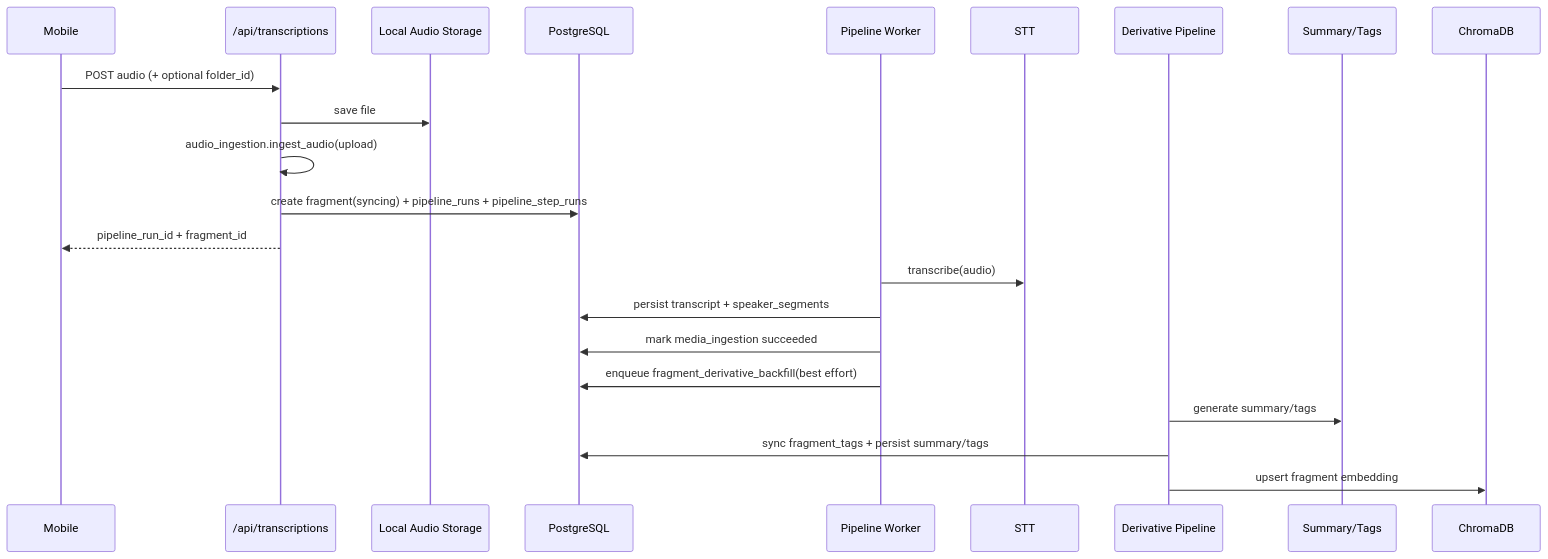
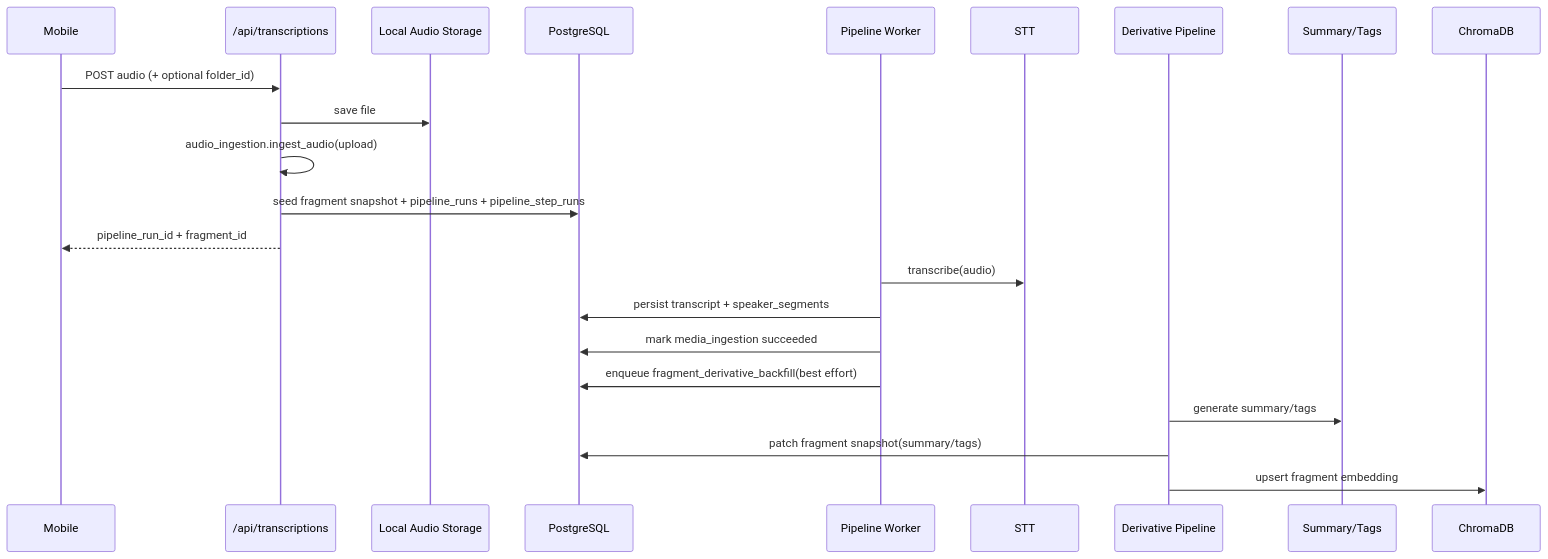
The fourth of 9 diagrams in memory-bank/architecture.md (YCZA2/SparkFlow), drawn with Mermaid before and after one commit. The commit also changed other lines of this file and 21 other files, not shown here.

````diff
--- a/memory-bank/architecture.md
+++ b/memory-bank/architecture.md
@@ -396,25 +401,25 @@
 ```mermaid
 sequenceDiagram
     participant App as Mobile
     participant API as /api/transcriptions
     participant FS as Local Audio Storage
     participant DB as PostgreSQL
     participant PIPE as Pipeline Worker
     participant STT as STT
     participant DERIV as Derivative Pipeline
     participant LLM as Summary/Tags
     participant VDB as ChromaDB
 
     App->>API: POST audio (+ optional folder_id)
     API->>FS: save file
     API->>API: audio_ingestion.ingest_audio(upload)
-    API->>DB: create fragment(syncing) + pipeline_runs + pipeline_step_runs
+    API->>DB: seed fragment snapshot + pipeline_runs + pipeline_step_runs
     API-->>App: pipeline_run_id + fragment_id
     PIPE->>STT: transcribe(audio)
     PIPE->>DB: persist transcript + speaker_segments
     PIPE->>DB: mark media_ingestion succeeded
     PIPE->>DB: enqueue fragment_derivative_backfill(best effort)
     DERIV->>LLM: generate summary/tags
-    DERIV->>DB: sync fragment_tags + persist summary/tags
+    DERIV->>DB: patch fragment snapshot(summary/tags)
     DERIV->>VDB: upsert fragment embedding
 ```
````
